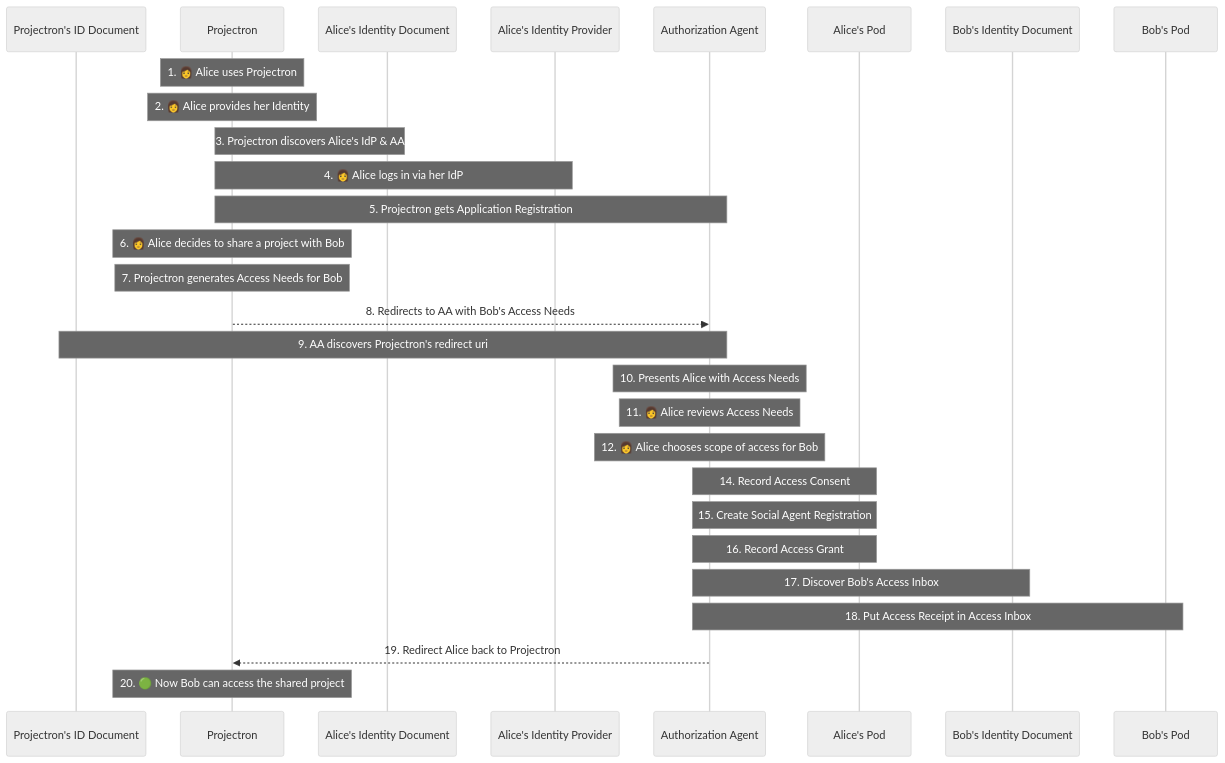
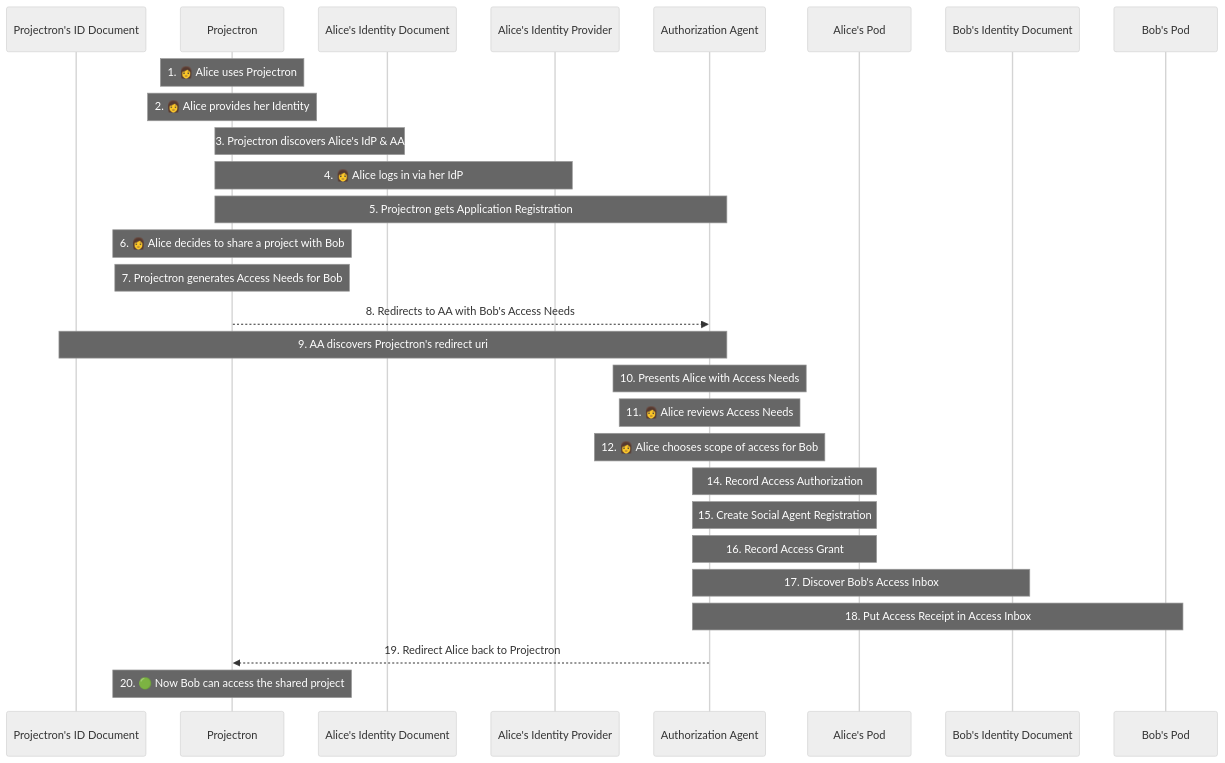
Before and after one commit to solid/data-interoperability-panel: the diagram in proposals/specification/diagrams/social-agent-shares-access.seq.mmd, drawn with Mermaid (neutral theme).

Commit message:
fix: change consent -> authorization

```diff
--- a/proposals/specification/diagrams/social-agent-shares-access.seq.mmd
+++ b/proposals/specification/diagrams/social-agent-shares-access.seq.mmd
@@ -1,36 +1,36 @@
 sequenceDiagram
 
     participant id_proj as Projectron's ID Document
     participant proj as Projectron
     
     participant id_alice as Alice's Identity Document
     participant idp_alice as Alice's Identity Provider
     participant aa_alice as Authorization Agent
     participant pod_alice as Alice's Pod
     
     participant id_bob as Bob's Identity Document
     participant pod_bob as Bob's Pod
 
     Note over proj: 1. 👩 Alice uses Projectron
     Note over proj: 2. 👩 Alice provides her Identity
     Note over proj, id_alice: 3. Projectron discovers Alice's IdP & AA
     Note over proj, idp_alice: 4. 👩 Alice logs in via her IdP
     Note over proj, aa_alice: 5. Projectron gets Application Registration
     Note over proj: 6. 👩 Alice decides to share a project with Bob
     Note over proj: 7. Projectron generates Access Needs for Bob
     
     proj-->>aa_alice: 8. Redirects to AA with Bob's Access Needs
     
     Note over id_proj, aa_alice: 9. AA discovers Projectron's redirect uri
     Note over aa_alice: 10. Presents Alice with Access Needs
     Note over aa_alice: 11. 👩 Alice reviews Access Needs
     Note over aa_alice: 12. 👩 Alice chooses scope of access for Bob
-    Note over aa_alice, pod_alice: 14. Record Access Consent
+    Note over aa_alice, pod_alice: 14. Record Access Authorization
     Note over aa_alice, pod_alice: 15. Create Social Agent Registration
     Note over aa_alice, pod_alice: 16. Record Access Grant
     Note over aa_alice, id_bob: 17. Discover Bob's Access Inbox
     Note over aa_alice, pod_bob: 18. Put Access Receipt in Access Inbox
     
     aa_alice-->>proj: 19. Redirect Alice back to Projectron
     
     Note over proj: 20. 🟢 Now Bob can access the shared project
```
